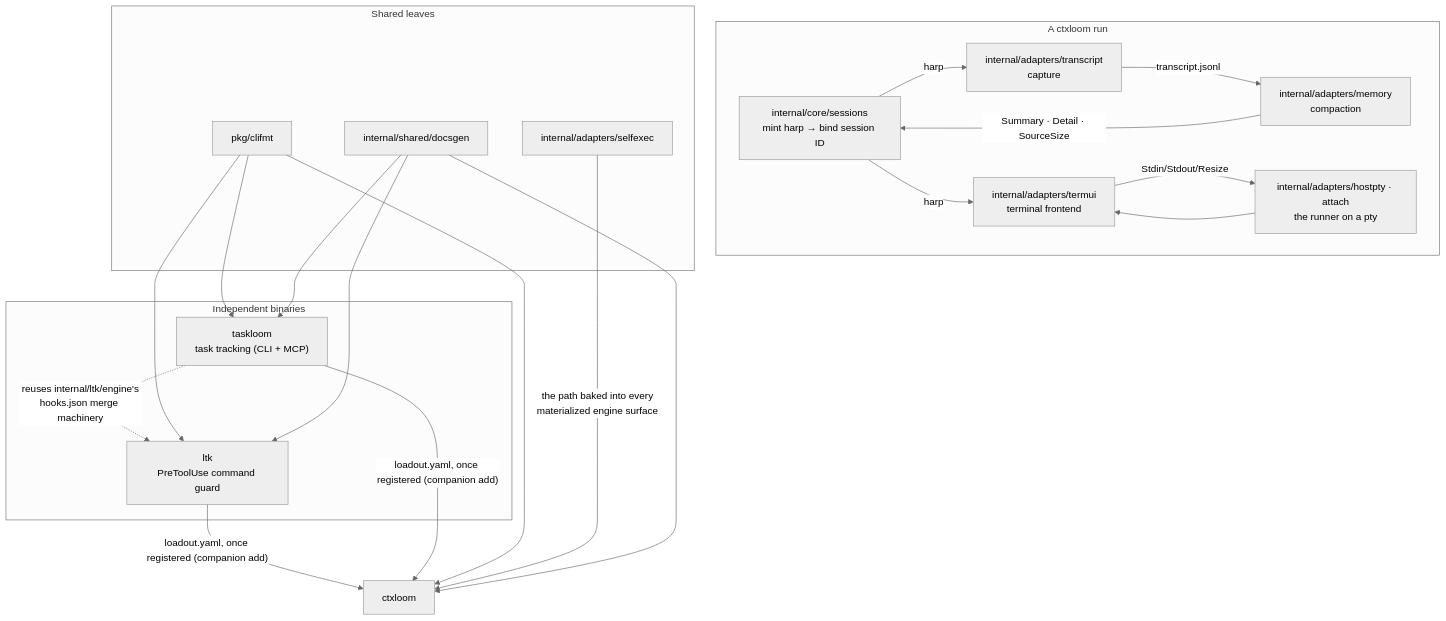
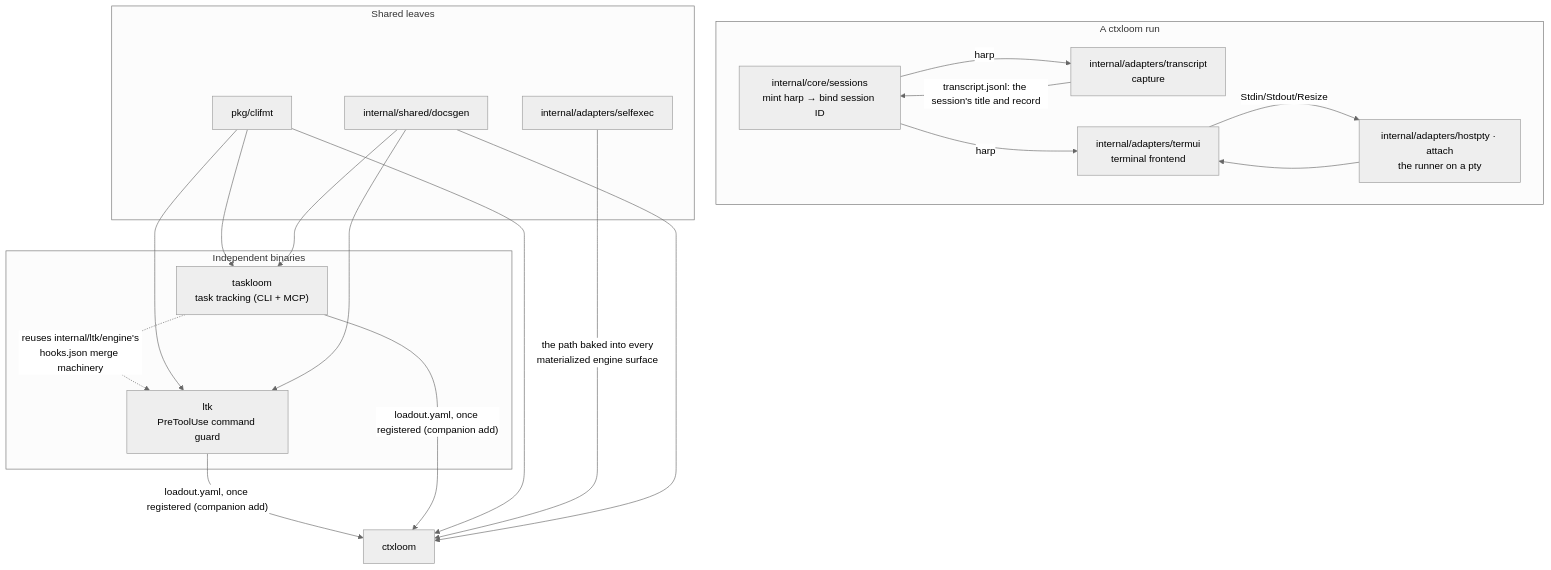
One commit to ctxloom/ctxloom changed the diagram in docs/architecture/companions/README.md. Above: the diagram before and after it, drawn with Mermaid (neutral theme). The commit also changed other lines of this file and 55 other files, not shown here.

First line of the commit message:
docs: session compaction removed — release notes, guides, architecture

````diff
--- a/docs/architecture/companions/README.md
+++ b/docs/architecture/companions/README.md
@@ -29,36 +28,34 @@
 ```mermaid
 flowchart TD
     subgraph binaries["Independent binaries"]
       LTK["ltk<br/>PreToolUse command guard"]
       TL["taskloom<br/>task tracking (CLI + MCP)"]
     end
 
     subgraph run["A ctxloom run"]
       SESS["internal/core/sessions<br/>mint harp → bind session ID"]
       TERM["internal/adapters/termui<br/>terminal frontend"]
       VP["internal/adapters/hostpty · attach<br/>the runner on a pty"]
       TR["internal/adapters/transcript<br/>capture"]
-      MEM["internal/adapters/memory<br/>compaction"]
     end
 
     subgraph leaves["Shared leaves"]
       CF["pkg/clifmt"]
       SE["internal/adapters/selfexec"]
       DG["internal/shared/docsgen"]
     end
 
     SESS -->|"harp"| TR
     SESS -->|"harp"| TERM
-    TR -->|"transcript.jsonl"| MEM
-    MEM -->|"Summary · Detail · SourceSize"| SESS
+    TR -->|"transcript.jsonl: the session's title and record"| SESS
     VP --> TERM
     TERM -->|"Stdin/Stdout/Resize"| VP
 
     LTK -->|"loadout.yaml, once registered (companion add)"| CTX["ctxloom"]
     TL -->|"loadout.yaml, once registered (companion add)"| CTX
     TL -.->|"reuses internal/ltk/engine's<br/>hooks.json merge machinery"| LTK
 
     CF --> LTK & TL & CTX
     SE -->|"the path baked into every<br/>materialized engine surface"| CTX
     DG --> LTK & TL & CTX
 ```
````
